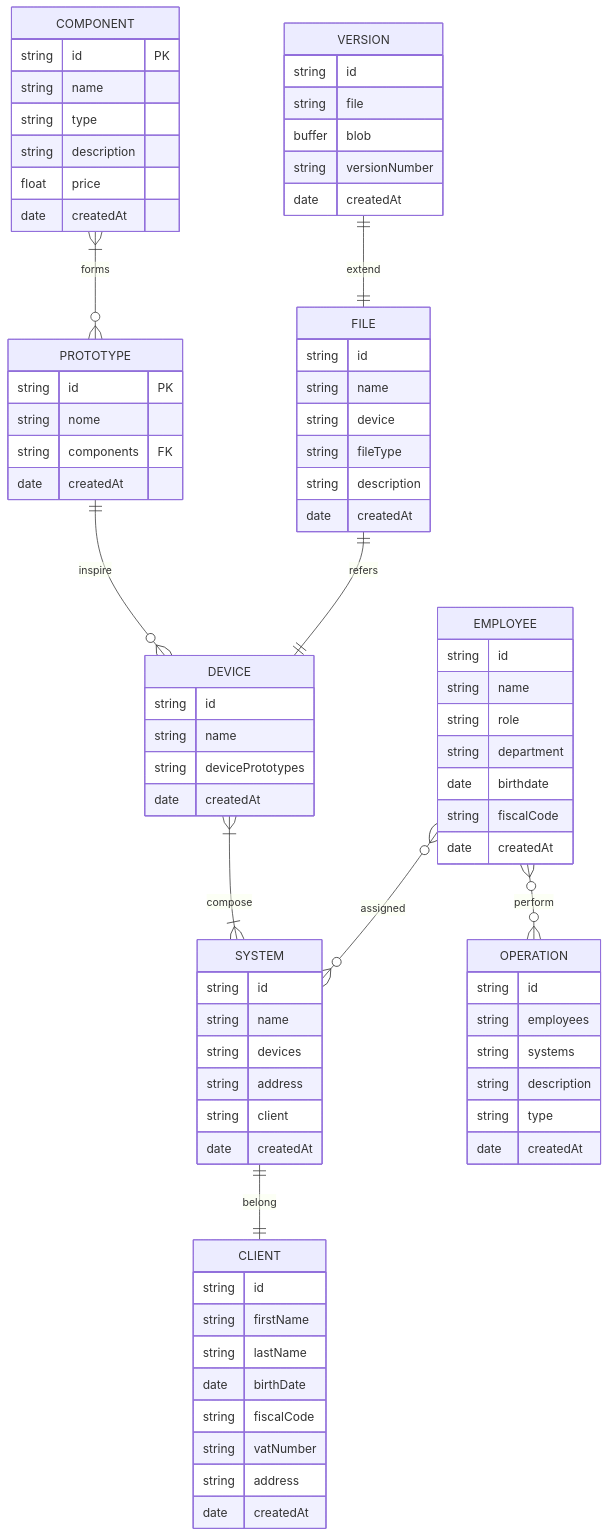
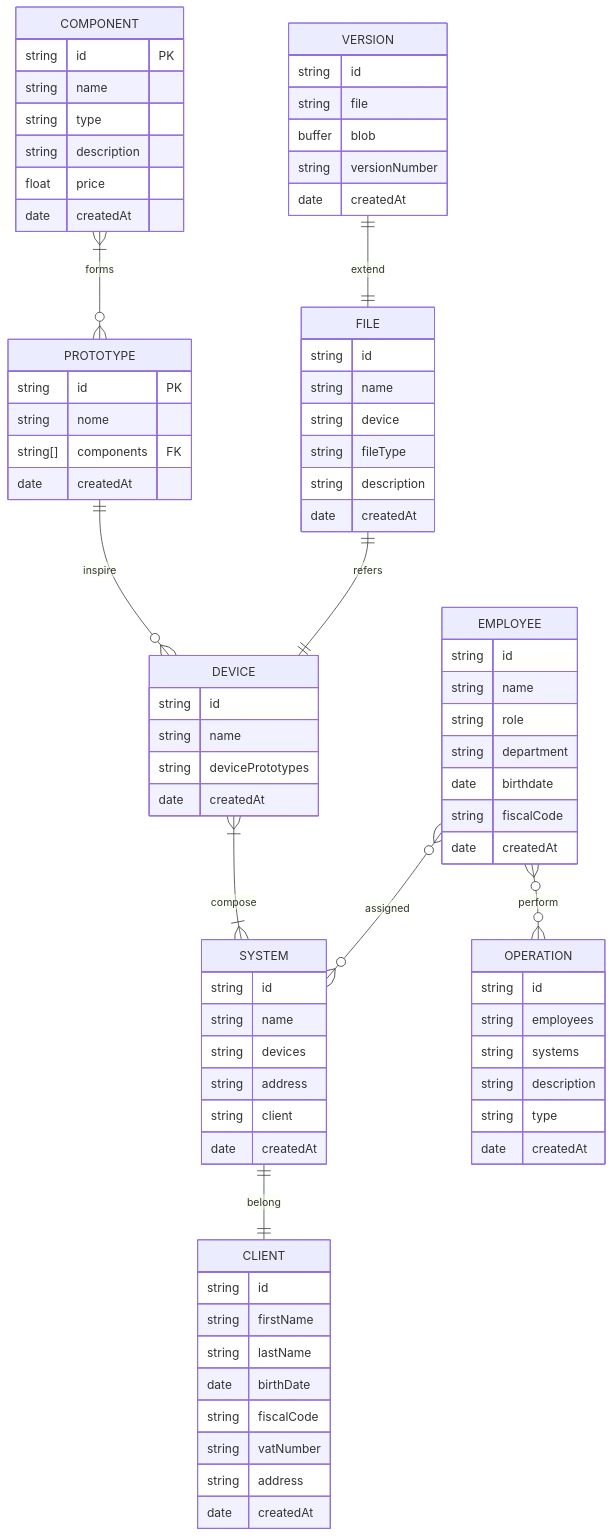
Before and after one commit to DavideDeZuane/advanced_programming: the third of 6 diagrams in README.md, drawn with Mermaid.

Commit message:
E-R on readme

````diff
--- a/README.md
+++ b/README.md
@@ -59,81 +59,81 @@
 ```mermaid
     erDiagram
     COMPONENT |{--o{ PROTOTYPE : forms
     COMPONENT {
         string id PK
         string name
         string type
         string description
         float price
         date createdAt
     }
     PROTOTYPE ||--o{ DEVICE : inspire
     PROTOTYPE {
         string id PK
         string nome
-        string components FK
+        string[] components FK
         date createdAt
     }
     DEVICE |{--|{ SYSTEM : compose 
     DEVICE{
         string id
         string name
         string devicePrototypes
         date createdAt
     }
     SYSTEM ||--|| CLIENT : belong
     SYSTEM{
         string id
         string name
         string devices
         string address
         string client
         date createdAt
     }
     CLIENT{
         string id
         string firstName
         string lastName
         date birthDate
         string fiscalCode
         string vatNumber
         string address
         date createdAt 
     }
     EMPLOYEE o{--o{ SYSTEM: assigned
     EMPLOYEE{
         string id
         string name
         string role
         string department
         date birthdate
         string fiscalCode
         date createdAt
     }
     EMPLOYEE o{--o{ OPERATION: perform
     OPERATION{
         string id
         string employees
         string systems
         string description
         string type
         date createdAt
     }
     FILE ||--|| DEVICE: refers
     FILE{
         string id
         string name
         string device
         string fileType
         string description
         date createdAt
     }
     VERSION ||--|| FILE: extend
     VERSION {
         string id
         string file
         buffer blob
         string versionNumber
         date createdAt
     }
 ```
````
